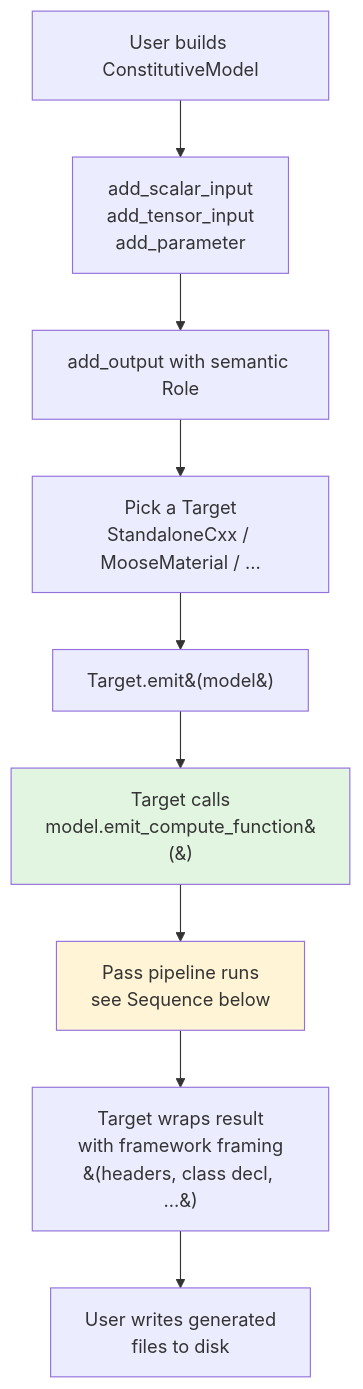
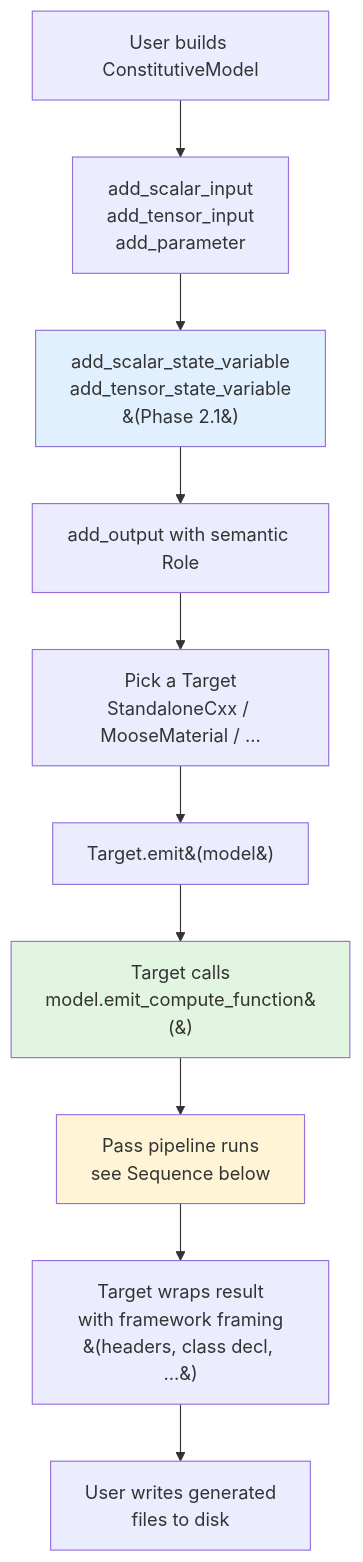
Before and after one commit to NumSim-Stack/numsim-codegen: the first of 3 diagrams in docs/workflow.md, drawn with Mermaid. The commit also changed other lines of this file and 4 other files, not shown here.

Commit message:
Phase 2.1: StateVariable IR section + add_*_state_variable API + symbol categories

````diff
--- a/docs/workflow.md
+++ b/docs/workflow.md
@@ -11,14 +11,16 @@
 ```mermaid
 flowchart TD
     A[User builds ConstitutiveModel] --> B[add_scalar_input<br/>add_tensor_input<br/>add_parameter]
-    B --> C[add_output with semantic Role]
+    B --> SV[add_scalar_state_variable<br/>add_tensor_state_variable<br/>&#40;Phase 2.1&#41;]
+    SV --> C[add_output with semantic Role]
     C --> D[Pick a Target<br/>StandaloneCxx / MooseMaterial / ...]
     D --> E[Target.emit&#40;model&#41;]
     E --> F[Target calls<br/>model.emit_compute_function&#40;&#41;]
     F --> G[Pass pipeline runs<br/>see Sequence below]
     G --> H[Target wraps result<br/>with framework framing<br/>&#40;headers, class decl, ...&#41;]
     H --> I[User writes generated<br/>files to disk]
 
     style F fill:#e1f5e1
     style G fill:#fff4d6
+    style SV fill:#e1f0ff
 ```
````
